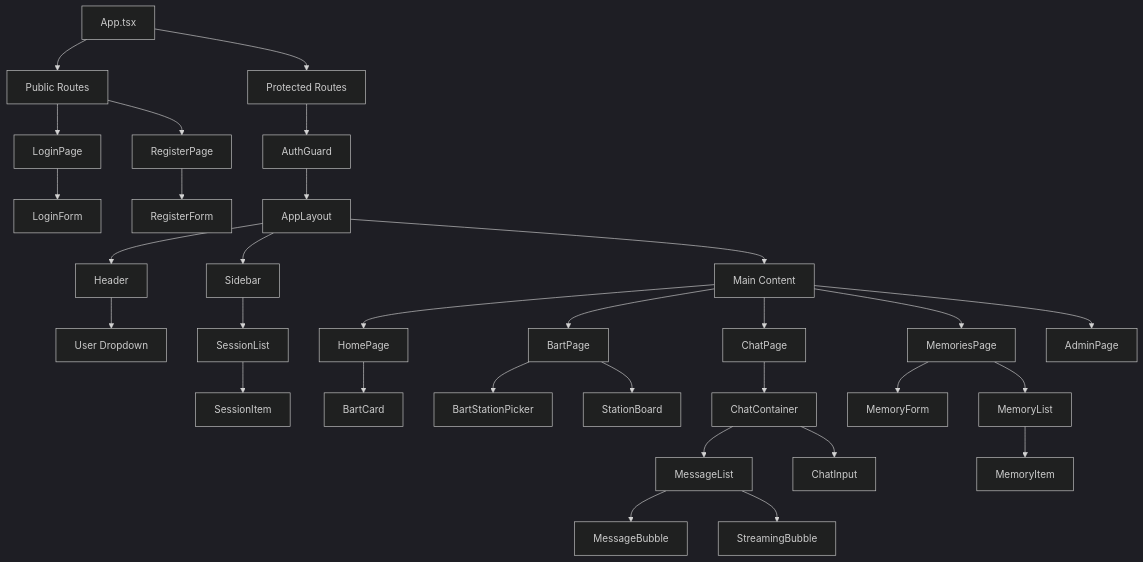
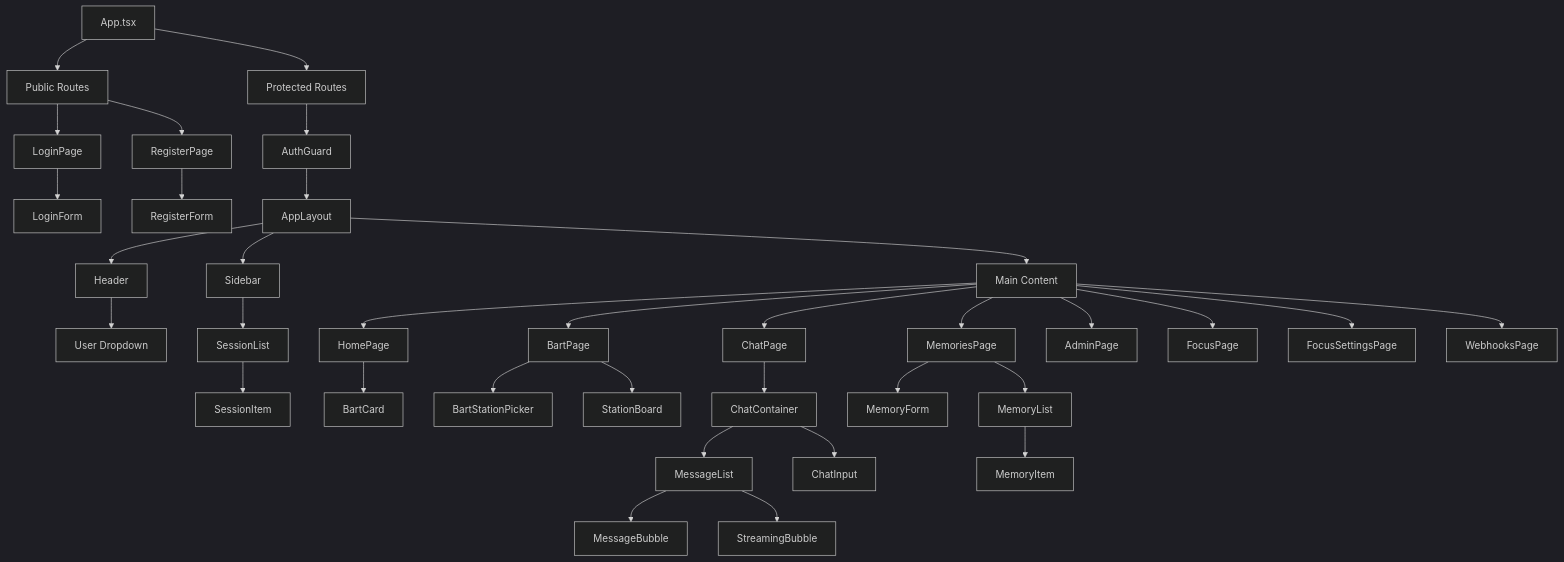
Before and after one commit to tekkno89/alfred-pa: the first of 4 diagrams in .claude/diagrams/frontend-architecture.md, drawn with Mermaid (dark theme). The commit also changed other lines of this file and 20 other files, not shown here.

````diff
--- a/.claude/diagrams/frontend-architecture.md
+++ b/.claude/diagrams/frontend-architecture.md
@@ -5,41 +5,44 @@
 ```mermaid
 graph TD
     App[App.tsx] --> PublicRoutes[Public Routes]
     App --> ProtectedRoutes[Protected Routes]
 
     PublicRoutes --> LoginPage[LoginPage]
     PublicRoutes --> RegisterPage[RegisterPage]
     LoginPage --> LoginForm[LoginForm]
     RegisterPage --> RegisterForm[RegisterForm]
 
     ProtectedRoutes --> AuthGuard[AuthGuard]
     AuthGuard --> AppLayout[AppLayout]
 
     AppLayout --> Header[Header]
     AppLayout --> Sidebar[Sidebar]
     AppLayout --> MainContent[Main Content]
 
     Header --> UserDropdown[User Dropdown]
     Sidebar --> SessionList[SessionList]
     SessionList --> SessionItem[SessionItem]
 
     MainContent --> HomePage[HomePage]
     MainContent --> ChatPage[ChatPage]
     MainContent --> MemoriesPage[MemoriesPage]
     MainContent --> BartPage[BartPage]
     MainContent --> AdminPage[AdminPage]
+    MainContent --> FocusPage[FocusPage]
+    MainContent --> FocusSettingsPage[FocusSettingsPage]
+    MainContent --> WebhooksPage[WebhooksPage]
 
     HomePage --> BartCard[BartCard]
     BartPage --> BartStationPicker[BartStationPicker]
     BartPage --> StationBoard[StationBoard]
 
     ChatPage --> ChatContainer[ChatContainer]
     ChatContainer --> MessageList[MessageList]
     ChatContainer --> ChatInput[ChatInput]
     MessageList --> MessageBubble[MessageBubble]
     MessageList --> StreamingBubble[StreamingBubble]
 
     MemoriesPage --> MemoryForm[MemoryForm]
     MemoriesPage --> MemoryList[MemoryList]
     MemoryList --> MemoryItem[MemoryItem]
 ```
````
